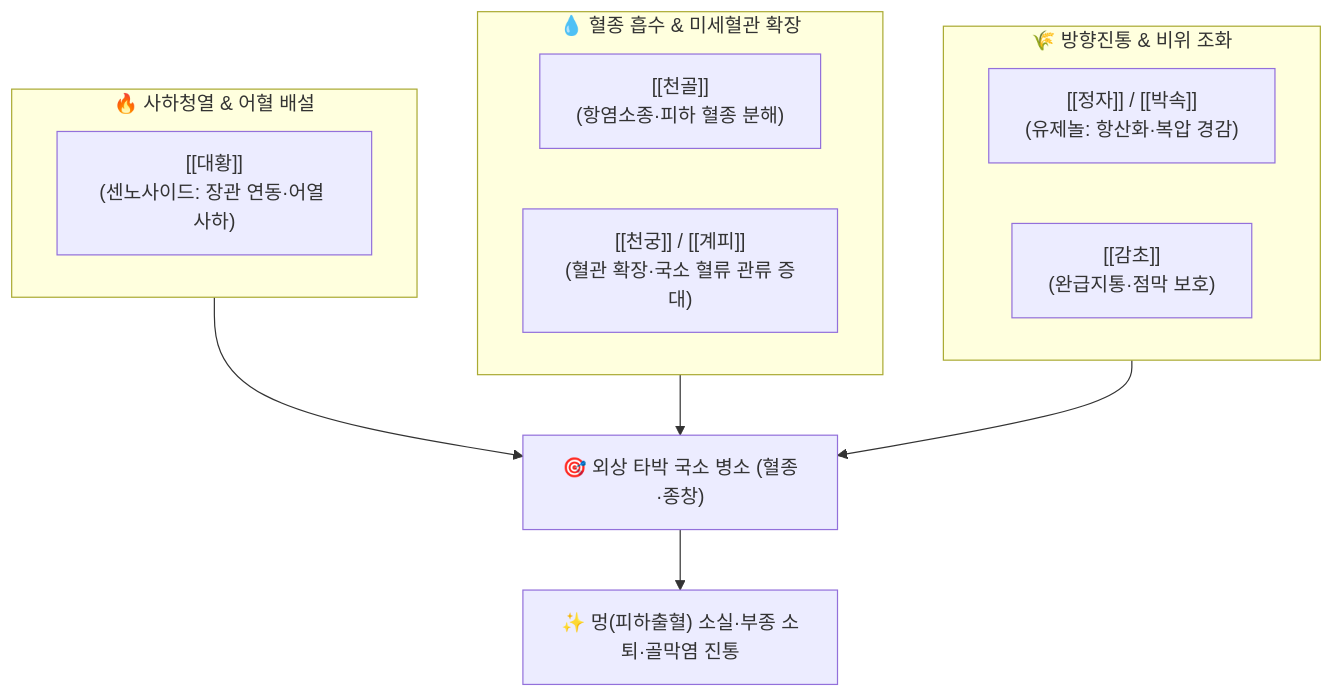
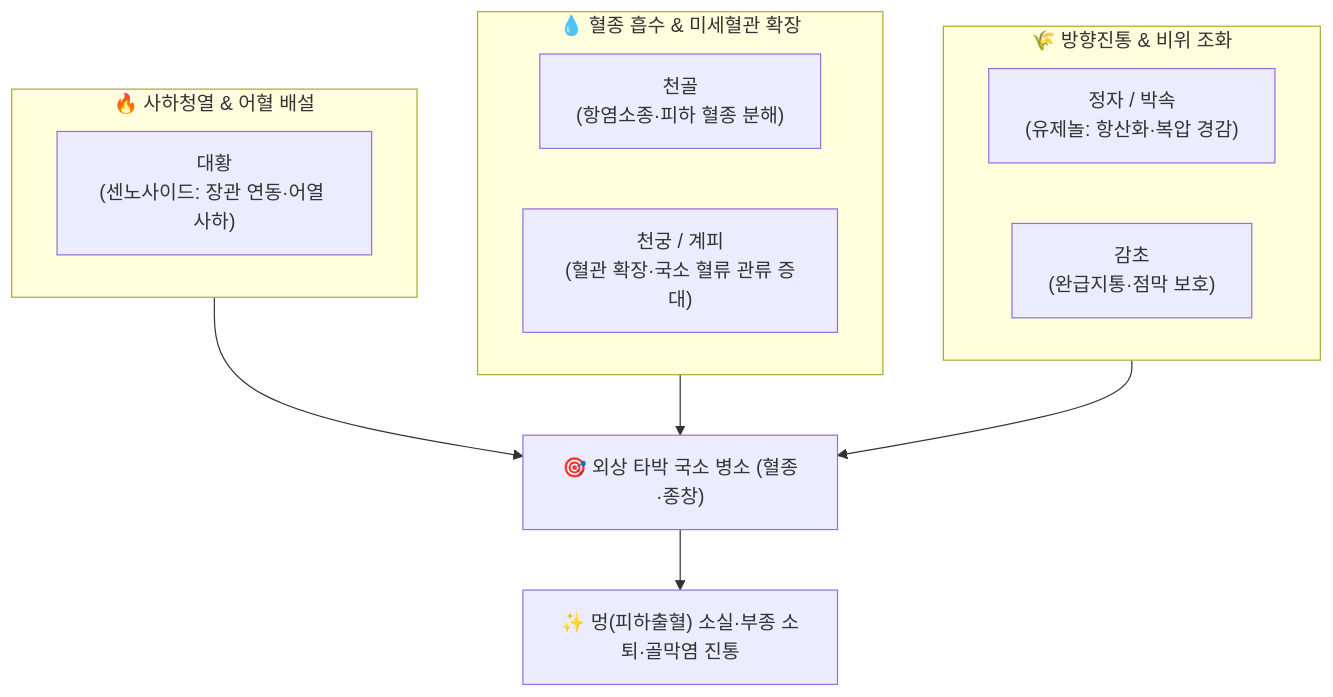
Before and after one commit to simbio11/simbio-digital-garden2: the diagram in content/2. 약리 공부/처방/05_활혈거어·지혈제/치타박일방.md, drawn with Mermaid. The commit also changed other lines of this file and 105 other files, not shown here.

````diff
--- a/content/2. 약리 공부/처방/05_활혈거어·지혈제/치타박일방.md
+++ b/content/2. 약리 공부/처방/05_활혈거어·지혈제/치타박일방.md
@@ -63,21 +64,21 @@
 ```mermaid
 graph TD
     subgraph Clear["🔥 사하청열 & 어혈 배설"]
-        C1["[[대황]]<br>(센노사이드: 장관 연동·어열 사하)"]
+        C1["대황<br>(센노사이드: 장관 연동·어열 사하)"]
     end
 
     subgraph Absorb["💧 혈종 흡수 & 미세혈관 확장"]
-        A1["[[천골]]<br>(항염소종·피하 혈종 분해)"]
-        A2["[[천궁]] / [[계피]]<br>(혈관 확장·국소 혈류 관류 증대)"]
+        A1["천골<br>(항염소종·피하 혈종 분해)"]
+        A2["천궁 / 계피<br>(혈관 확장·국소 혈류 관류 증대)"]
     end
 
     subgraph Soothe["🌾 방향진통 & 비위 조화"]
-        S1["[[정자]] / [[박속]]<br>(유제놀: 항산화·복압 경감)"]
-        S2["[[감초]]<br>(완급지통·점막 보호)"]
+        S1["정자 / 박속<br>(유제놀: 항산화·복압 경감)"]
+        S2["감초<br>(완급지통·점막 보호)"]
     end
 
     Clear --> Target["🎯 외상 타박 국소 병소 (혈종·종창)"]
     Absorb --> Target
     Soothe --> Target
     Target --> Outcome["✨ 멍(피하출혈) 소실·부종 소퇴·골막염 진통"]
 ```
````
